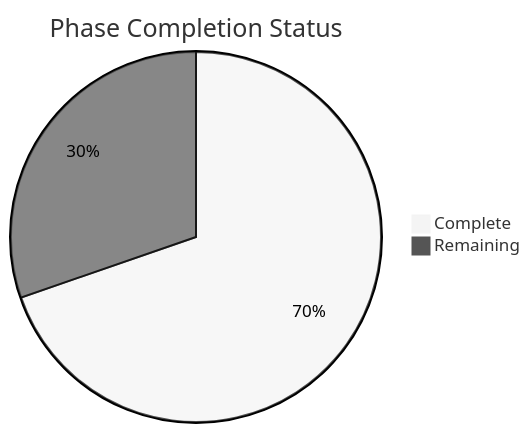
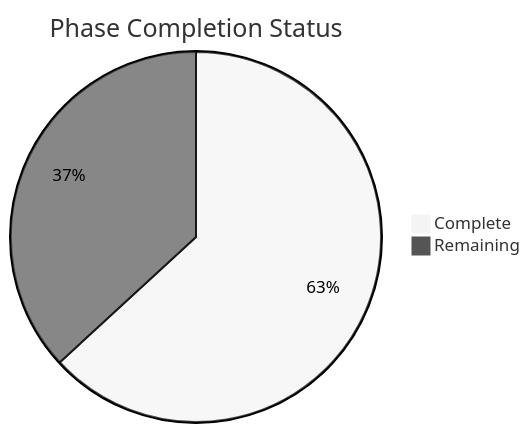
One commit to Nani040905/mobile-legal-ai-assistant changed the first of 2 diagrams in docs/07-roadmap.md. Above: the diagram before and after it, drawn with Mermaid (neutral theme). The commit also changed other lines of this file and 1 other file, not shown here.

Commit message:
Docs: Update implementation plan and roadmap execution order with all new user requirements

````diff
--- a/docs/07-roadmap.md
+++ b/docs/07-roadmap.md
@@ -5,5 +5,5 @@
 ```mermaid
 pie title Phase Completion Status
-    "Complete" : 23
-    "Remaining" : 10
+    "Complete" : 24
+    "Remaining" : 14
 ```
````
